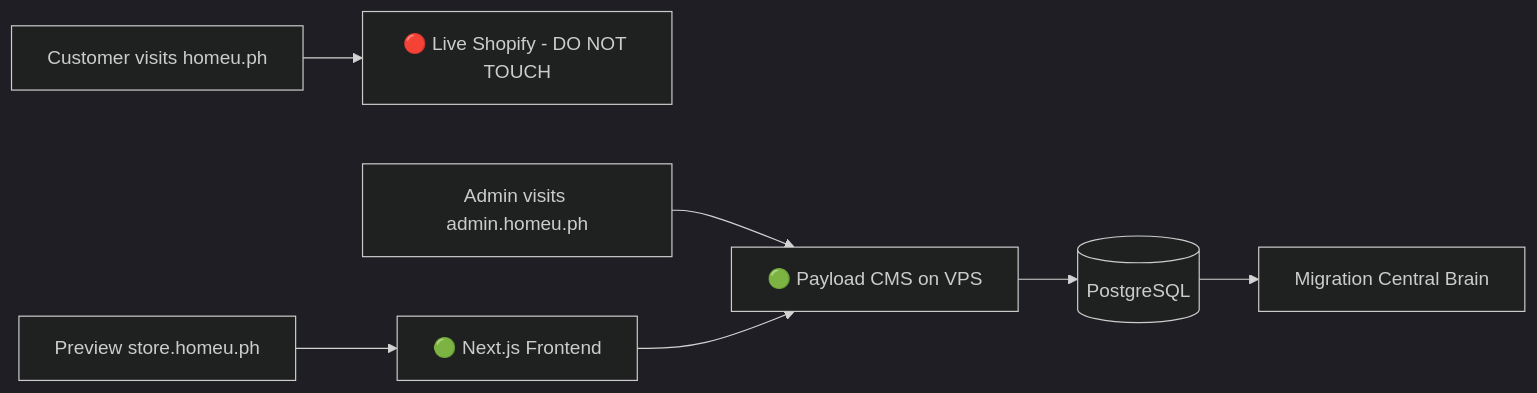
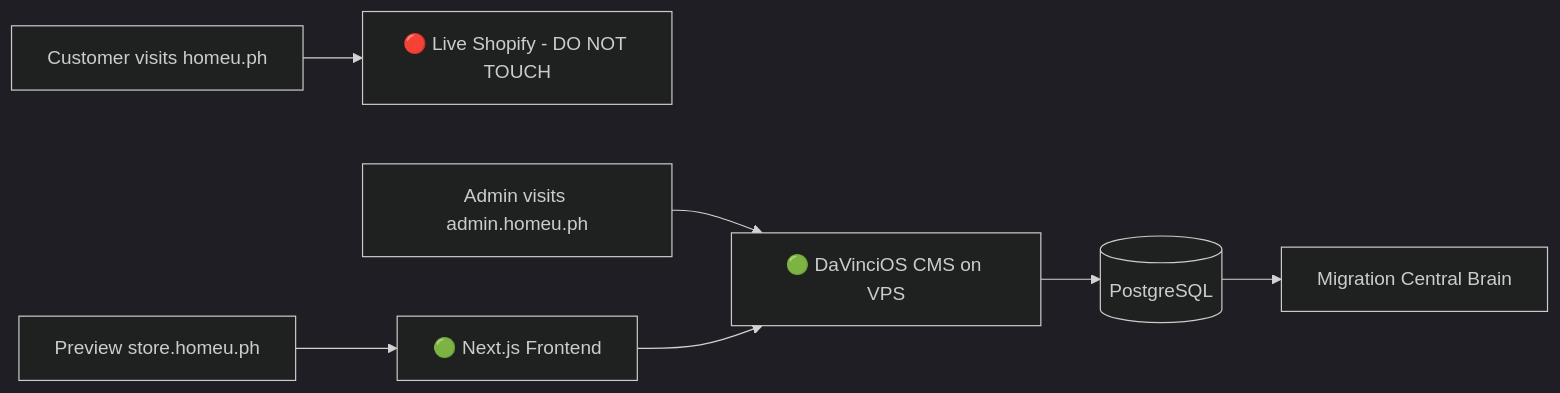
The first of 9 diagrams in docs/WORKFLOW_DIAGRAM.md (jpgyap-sudo/homeu-commerce), drawn with Mermaid (dark theme) before and after one commit. The commit also changed other lines of this file and 120 other files, not shown here.

````diff
--- a/docs/WORKFLOW_DIAGRAM.md
+++ b/docs/WORKFLOW_DIAGRAM.md
@@ -5,9 +5,9 @@
 ```mermaid
 flowchart LR
     A[Customer visits homeu.ph] --> B[🔴 Live Shopify - DO NOT TOUCH]
-    C[Admin visits admin.homeu.ph] --> D[🟢 Payload CMS on VPS]
+    C[Admin visits admin.homeu.ph] --> D[🟢 DaVinciOS CMS on VPS]
     E[Preview store.homeu.ph] --> F[🟢 Next.js Frontend]
     F --> D
     D --> G[(PostgreSQL)]
     G --> H[Migration Central Brain]
 ```
````
